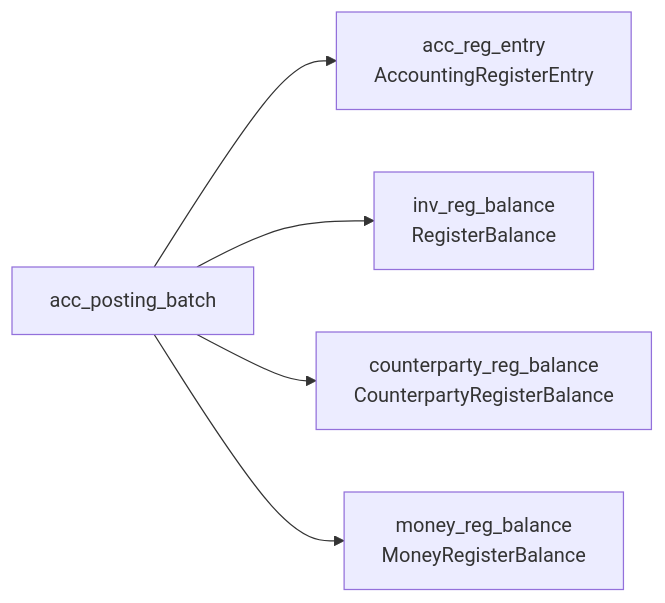
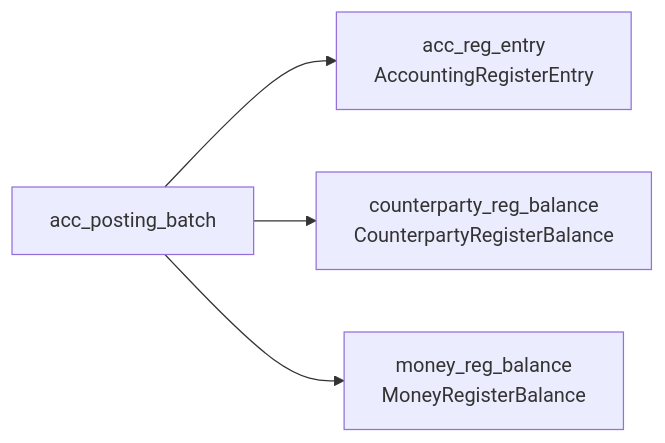
Before and after one commit to dasturchione/AccountingBack: the fifth of 6 diagrams in docs/posting-batch-documentation.md, drawn with Mermaid. The commit also changed other lines of this file and 65 other files, not shown here.

````diff
--- a/docs/posting-batch-documentation.md
+++ b/docs/posting-batch-documentation.md
@@ -148,7 +147,6 @@
 ```mermaid
 flowchart LR
     Batch["acc_posting_batch"] --> Acc["acc_reg_entry\nAccountingRegisterEntry"]
-    Batch --> Inv["inv_reg_balance\nRegisterBalance"]
     Batch --> Cnt["counterparty_reg_balance\nCounterpartyRegisterBalance"]
     Batch --> Money["money_reg_balance\nMoneyRegisterBalance"]
 ```
````
